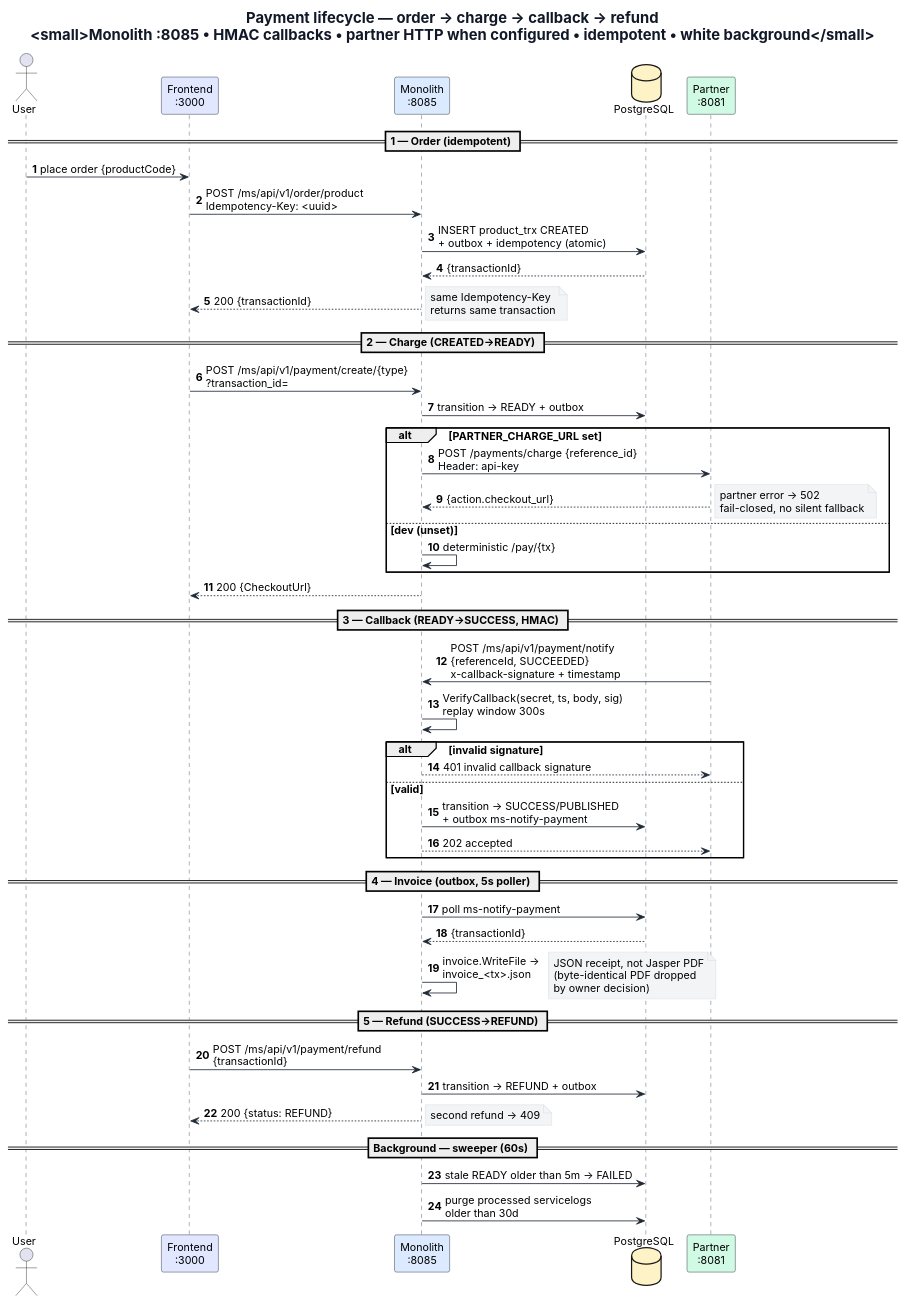
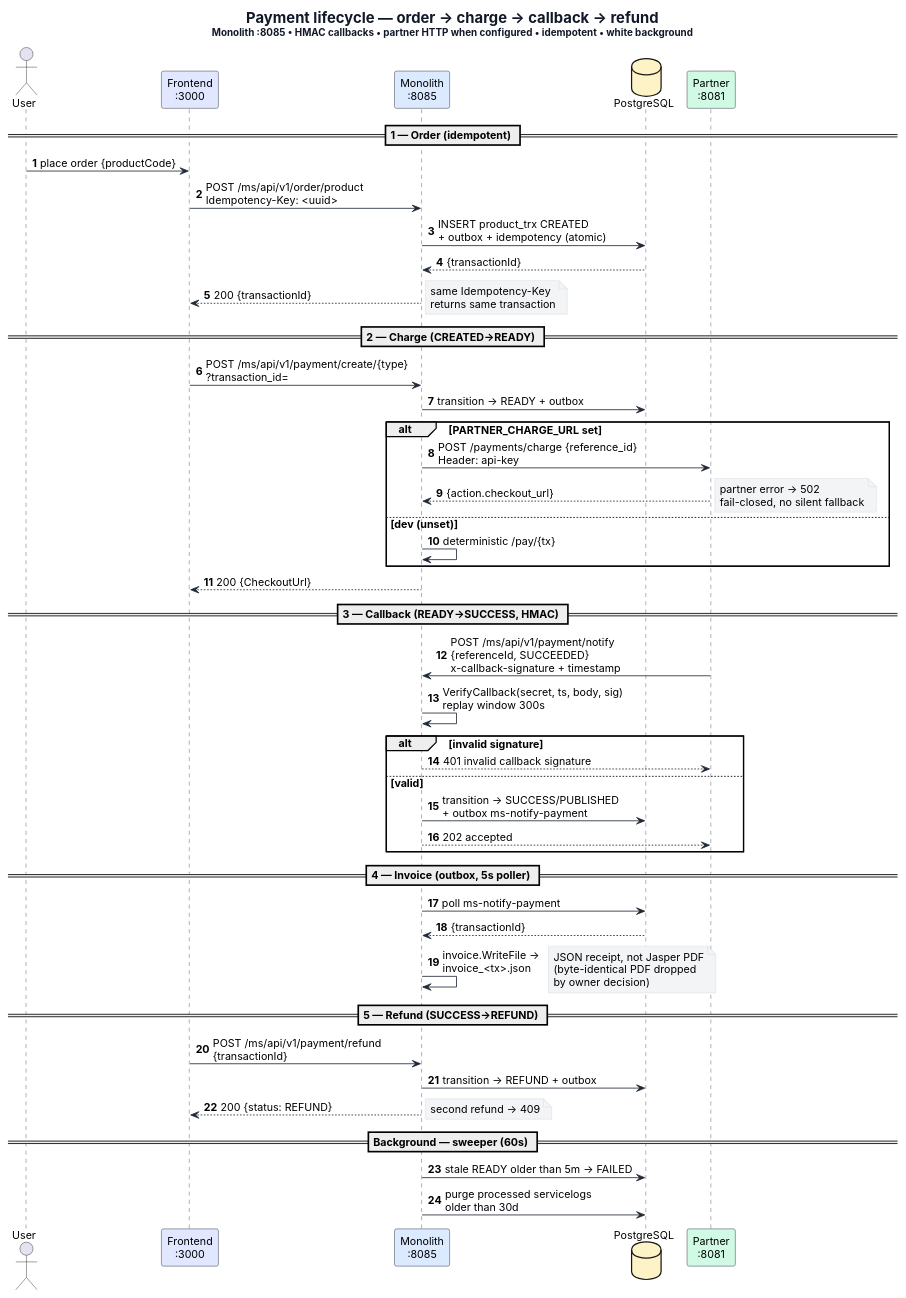
Before and after one commit to mariobgsp/payment-system: the diagram in assets/sequence-lifecycle.puml, drawn with PlantUML. The commit also changed 5 other files, not shown here.

Commit message:
Docs: rendered architecture diagrams (system-main, sequence-lifecycle, runtime-outbox)

```diff
--- a/assets/sequence-lifecycle.puml
+++ b/assets/sequence-lifecycle.puml
@@ -1,80 +1,80 @@
 @startuml
 ' Payment lifecycle sequence — reflects monolith/cmd + lifecycle + identity code.
 ' White background for docs/printing.
 skinparam backgroundColor #FFFFFF
 skinparam defaultBackgroundColor #FFFFFF
 skinparam Shadowing false
 skinparam defaultFontName Inter
 skinparam defaultFontSize 13
 skinparam sequence {
   ArrowColor #1F2937
   LifeLineBorderColor #374151
   LifeLineBackgroundColor #F9FAFB
   ParticipantBorderColor #111827
   ParticipantBackgroundColor #FFFFFF
 }
 skinparam note {
   BackgroundColor #F3F4F6
   BorderColor #D1D5DB
 }
 skinparam title {
   FontSize 18
   FontColor #111827
   BorderThickness 0
 }
-title Payment lifecycle — order → charge → callback → refund\n<small>Monolith :8085 • HMAC callbacks • partner HTTP when configured • idempotent • white background</small>
+title Payment lifecycle — order → charge → callback → refund\n<size:12>Monolith :8085 • HMAC callbacks • partner HTTP when configured • idempotent • white background</size>
 
 actor User as U
 participant "Frontend\n:3000" as FE #E0E7FF
 participant "Monolith\n:8085" as M #DBEAFE
 database "PostgreSQL" as PG #FEF3C7
 participant "Partner\n:8081" as PA #D1FAE5
 
 autonumber
 
 == 1 — Order (idempotent) ==
 U -> FE : place order {productCode}
 FE -> M : POST /ms/api/v1/order/product\nIdempotency-Key: <uuid>
 M -> PG : INSERT product_trx CREATED\n+ outbox + idempotency (atomic)
 PG --> M : {transactionId}
 M --> FE : 200 {transactionId}
 note right: same Idempotency-Key\nreturns same transaction
 
 == 2 — Charge (CREATED→READY) ==
 FE -> M : POST /ms/api/v1/payment/create/{type}\n?transaction_id=
 M -> PG : transition → READY + outbox
 alt PARTNER_CHARGE_URL set
   M -> PA : POST /payments/charge {reference_id}\nHeader: api-key
   PA --> M : {action.checkout_url}
   note right: partner error → 502\nfail-closed, no silent fallback
 else dev (unset)
   M -> M : deterministic /pay/{tx}
 end
 M --> FE : 200 {CheckoutUrl}
 
 == 3 — Callback (READY→SUCCESS, HMAC) ==
 PA -> M : POST /ms/api/v1/payment/notify\n{referenceId, SUCCEEDED}\nx-callback-signature + timestamp
 M -> M : VerifyCallback(secret, ts, body, sig)\nreplay window 300s
 alt invalid signature
   M --> PA : 401 invalid callback signature
 else valid
   M -> PG : transition → SUCCESS/PUBLISHED\n+ outbox ms-notify-payment
   M --> PA : 202 accepted
 end
 
 == 4 — Invoice (outbox, 5s poller) ==
 M -> PG : poll ms-notify-payment
 PG --> M : {transactionId}
 M -> M : invoice.WriteFile →\ninvoice_<tx>.json
 note right: JSON receipt, not Jasper PDF\n(byte-identical PDF dropped\nby owner decision)
 
 == 5 — Refund (SUCCESS→REFUND) ==
 FE -> M : POST /ms/api/v1/payment/refund\n{transactionId}
 M -> PG : transition → REFUND + outbox
 M --> FE : 200 {status: REFUND}
 note right: second refund → 409
 
 == Background — sweeper (60s) ==
 M -> PG : stale READY older than 5m → FAILED
 M -> PG : purge processed servicelogs\nolder than 30d
 @enduml
```
